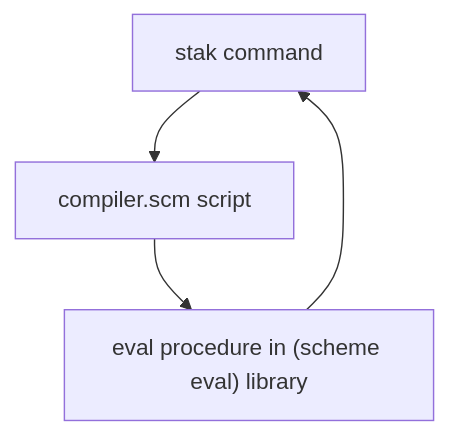
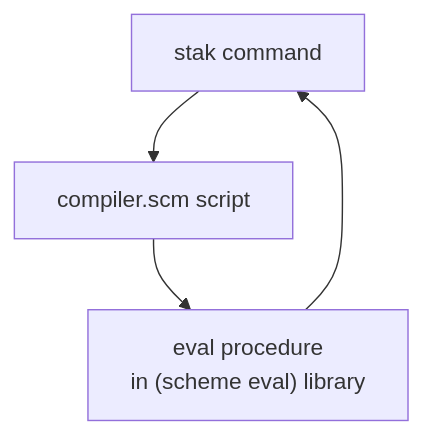
The diagram in posts/stak/inception.md (raviqqe/doc), drawn with Mermaid before and after one commit.

````diff
--- a/posts/stak/inception.md
+++ b/posts/stak/inception.md
@@ -151,6 +151,6 @@
 ```mermaid
 graph TD
     A[stak command] --> B
     B[compiler.scm script] -->C
-    C["eval procedure in (scheme eval) library"] --> A
+    C["eval procedure<br/>in (scheme eval) library"] --> A
 ```
````
